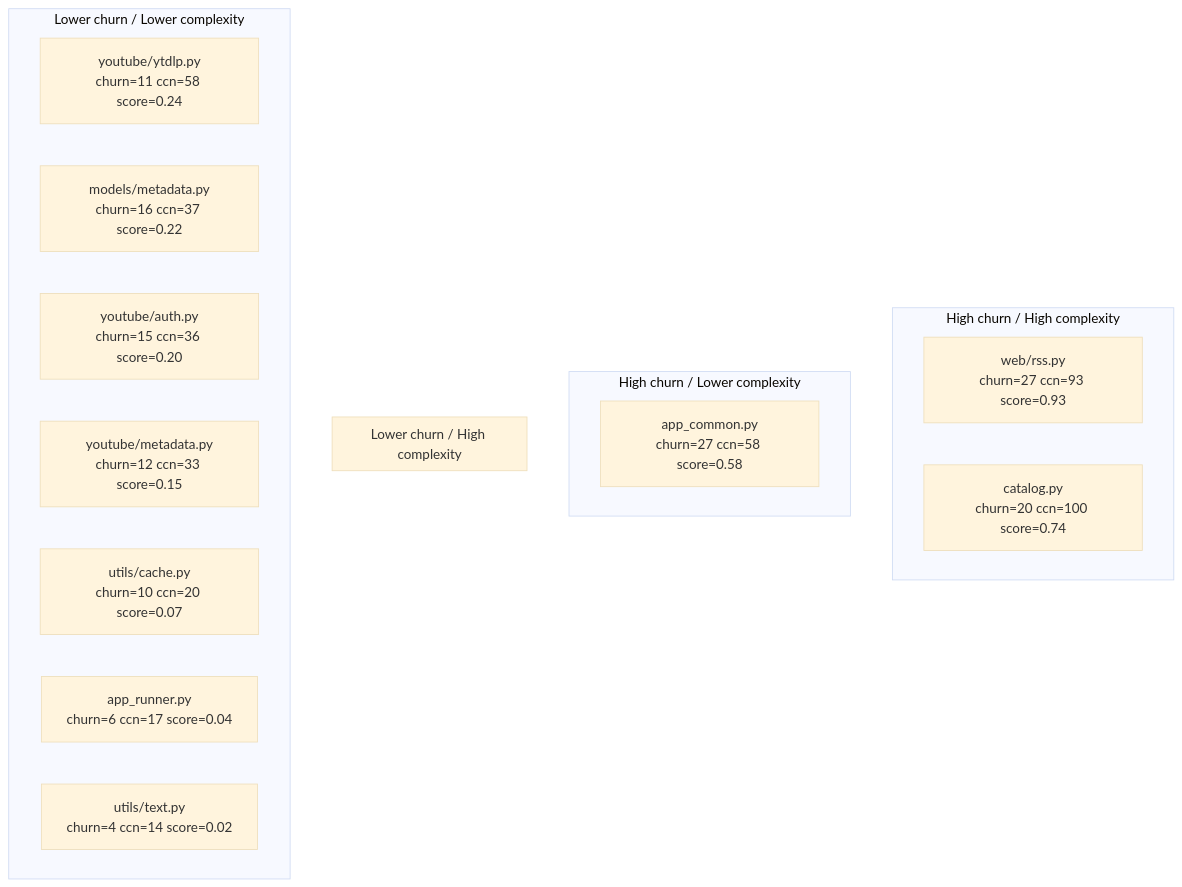
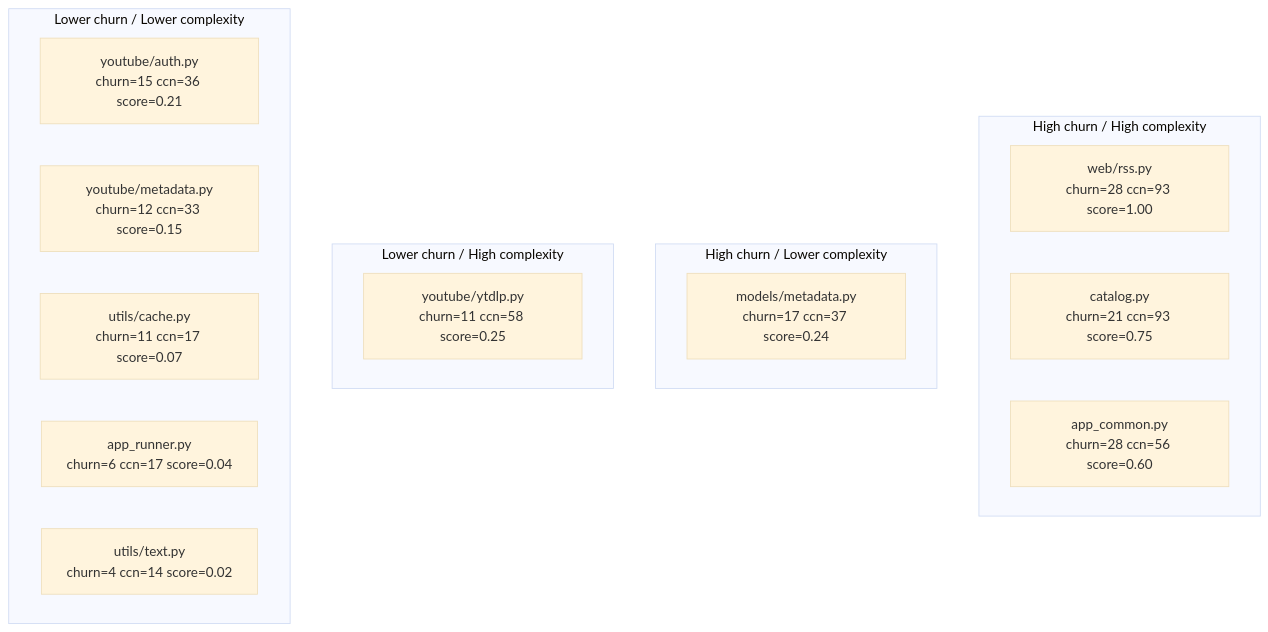
One commit to BinaryBand/adrift changed the second of 2 diagrams in docs/PLAYBOOK.md. Above: the diagram before and after it, drawn with Mermaid (base theme). The commit also changed other lines of this file and 36 other files, not shown here.

````diff
--- a/docs/PLAYBOOK.md
+++ b/docs/PLAYBOOK.md
@@ -110,21 +84,21 @@
 ```mermaid
 graph TD
     subgraph sg_hh["High churn / High complexity"]
-        src_web_rss_py["web/rss.py\nchurn=27 ccn=93 score=0.93"]
-        src_catalog_py["catalog.py\nchurn=20 ccn=100 score=0.74"]
+        src_web_rss_py["web/rss.py\nchurn=28 ccn=93 score=1.00"]
+        src_catalog_py["catalog.py\nchurn=21 ccn=93 score=0.75"]
+        src_app_common_py["app_common.py\nchurn=28 ccn=56 score=0.60"]
     end
     subgraph sg_hl["High churn / Lower complexity"]
-        src_app_common_py["app_common.py\nchurn=27 ccn=58 score=0.58"]
+        src_models_metadata_py["models/metadata.py\nchurn=17 ccn=37 score=0.24"]
     end
     subgraph sg_lh["Lower churn / High complexity"]
+        src_youtube_ytdlp_py["youtube/ytdlp.py\nchurn=11 ccn=58 score=0.25"]
     end
     subgraph sg_ll["Lower churn / Lower complexity"]
-        src_youtube_ytdlp_py["youtube/ytdlp.py\nchurn=11 ccn=58 score=0.24"]
-        src_models_metadata_py["models/metadata.py\nchurn=16 ccn=37 score=0.22"]
-        src_youtube_auth_py["youtube/auth.py\nchurn=15 ccn=36 score=0.20"]
+        src_youtube_auth_py["youtube/auth.py\nchurn=15 ccn=36 score=0.21"]
         src_youtube_metadata_py["youtube/metadata.py\nchurn=12 ccn=33 score=0.15"]
-        src_utils_cache_py["utils/cache.py\nchurn=10 ccn=20 score=0.07"]
+        src_utils_cache_py["utils/cache.py\nchurn=11 ccn=17 score=0.07"]
         src_app_runner_py["app_runner.py\nchurn=6 ccn=17 score=0.04"]
         src_utils_text_py["utils/text.py\nchurn=4 ccn=14 score=0.02"]
     end
 ```
````
